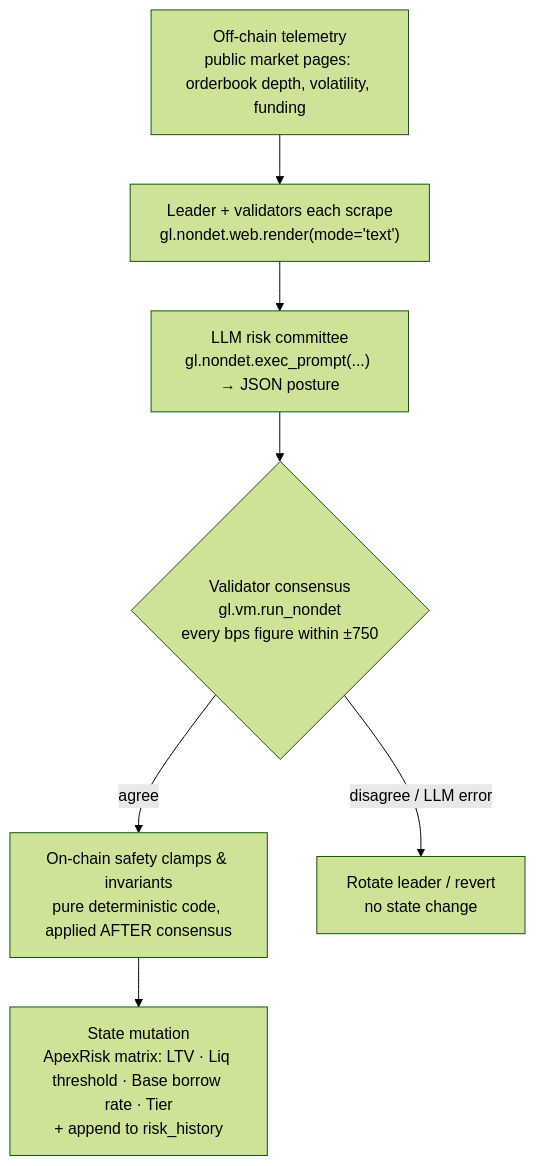
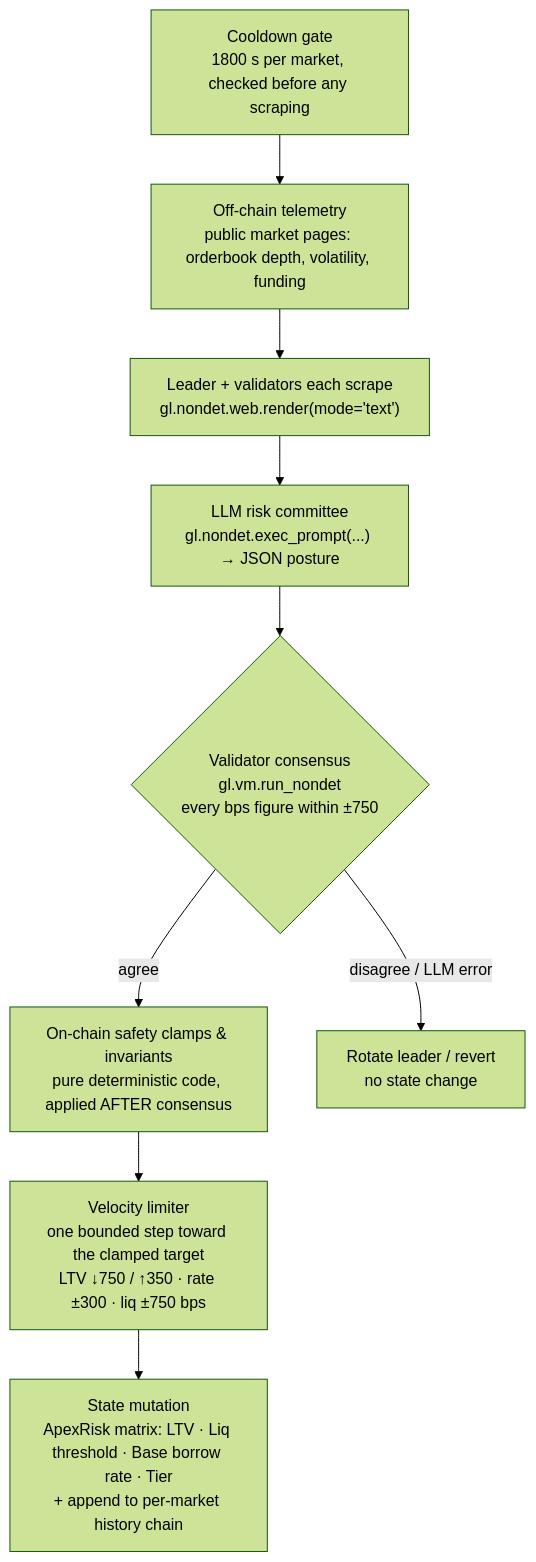
The diagram in README.md (moltaphet/Apexrisk), drawn with Mermaid (forest theme) before and after one commit. The commit also changed other lines of this file and 9 other files, not shown here.

Commit message:
fix(security): implement velocity limits, coerce_bps fix, SDK transient error handling, and PoC test suite

````diff
--- a/README.md
+++ b/README.md
@@ -63,14 +64,17 @@
 ```mermaid
 flowchart TD
     A["Off-chain telemetry<br/>public market pages: orderbook depth, volatility, funding"]
     B["Leader + validators each scrape<br/>gl.nondet.web.render(mode='text')"]
     C["LLM risk committee<br/>gl.nondet.exec_prompt(...) → JSON posture"]
     D{"Validator consensus<br/>gl.vm.run_nondet<br/>every bps figure within ±750"}
     E["On-chain safety clamps & invariants<br/>pure deterministic code, applied AFTER consensus"]
-    F["State mutation<br/>ApexRisk matrix: LTV · Liq threshold · Base borrow rate · Tier<br/>+ append to risk_history"]
+    V["Velocity limiter<br/>one bounded step toward the clamped target<br/>LTV ↓750 / ↑350 · rate ±300 · liq ±750 bps"]
+    F["State mutation<br/>ApexRisk matrix: LTV · Liq threshold · Base borrow rate · Tier<br/>+ append to per-market history chain"]
     R["Rotate leader / revert<br/>no state change"]
+    K["Cooldown gate<br/>1800 s per market, checked before any scraping"]
 
+    K --> A
     A --> B --> C --> D
-    D -- agree --> E --> F
+    D -- agree --> E --> V --> F
     D -- disagree / LLM error --> R
 ```
````
